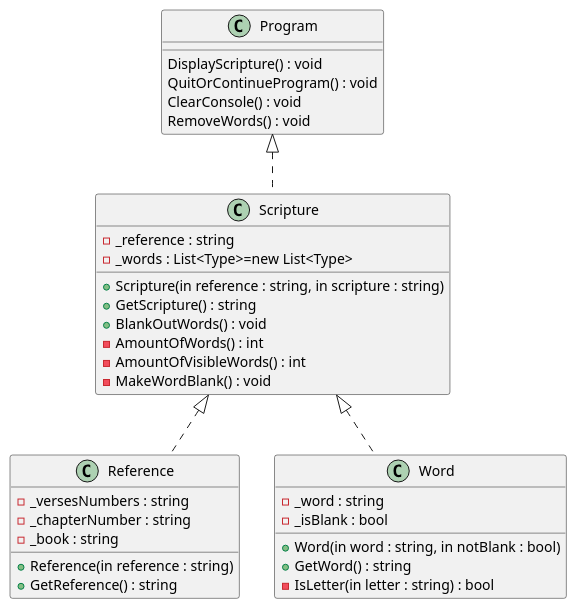
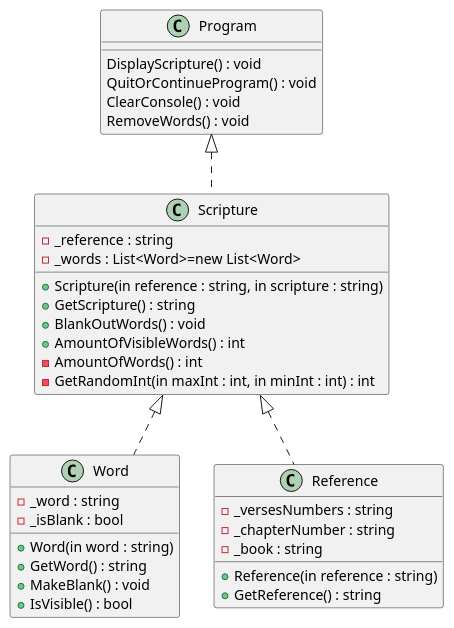
Before and after one commit to joshwmerrell/cse210-projects: the diagram in prove/Develop03/design.puml, drawn with PlantUML. The commit also changed 4 other files, not shown here.

```diff
--- a/prove/Develop03/design.puml
+++ b/prove/Develop03/design.puml
@@ -1,46 +1,46 @@
 @startuml design
 
 class Program
 {
-    ' StoreScripture() : void
     DisplayScripture() : void
     QuitOrContinueProgram() : void
     ClearConsole() : void
     RemoveWords() : void
 }
 
 class Scripture
 {
     -_reference : string
-    -_words : List<Type>=new List<Type>
+    -_words : List<Word>=new List<Word>
     +Scripture(in reference : string, in scripture : string)
     +GetScripture() : string
     +BlankOutWords() : void
+    +AmountOfVisibleWords() : int
     -AmountOfWords() : int
-    -AmountOfVisibleWords() : int
-    -MakeWordBlank() : void
+    -GetRandomInt(in maxInt : int, in minInt : int) : int
+}
+
+class Word
+{
+    -_word : string
+    -_isBlank : bool
+    +Word(in word : string)
+    +GetWord() : string
+    +MakeBlank() : void
+    +IsVisible() : bool
 }
 
 class Reference
 {
     -_versesNumbers : string
     -_chapterNumber : string
     -_book : string
     +Reference(in reference : string)
     +GetReference() : string
 }
 
-class Word
-{
-    -_word : string
-    -_isBlank : bool
-    +Word(in word : string, in notBlank : bool)
-    +GetWord() : string
-    -IsLetter(in letter : string) : bool
-}
-
 Program <|.. Scripture
 Scripture <|.. Reference
 Scripture <|.. Word
 
 @enduml
```
